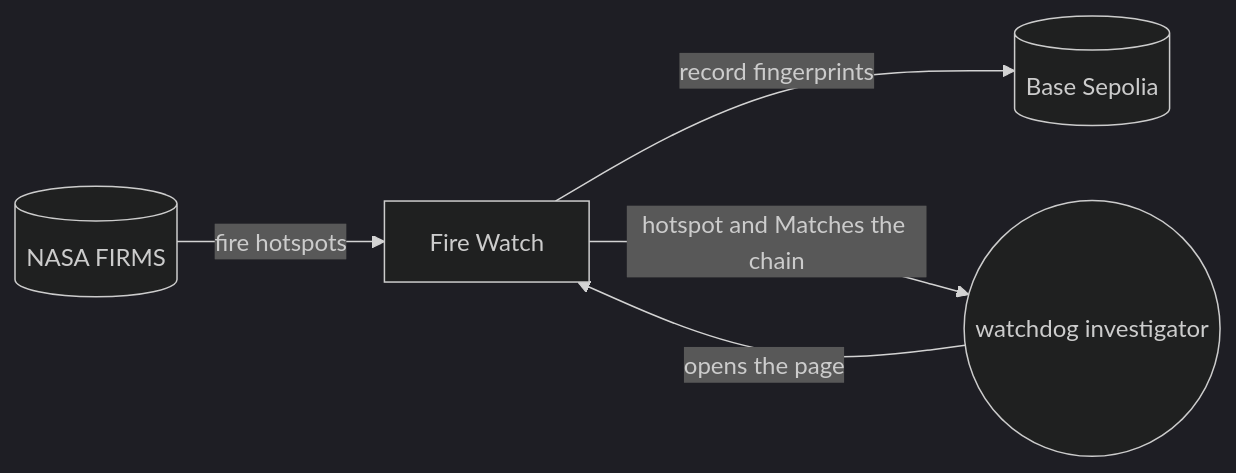
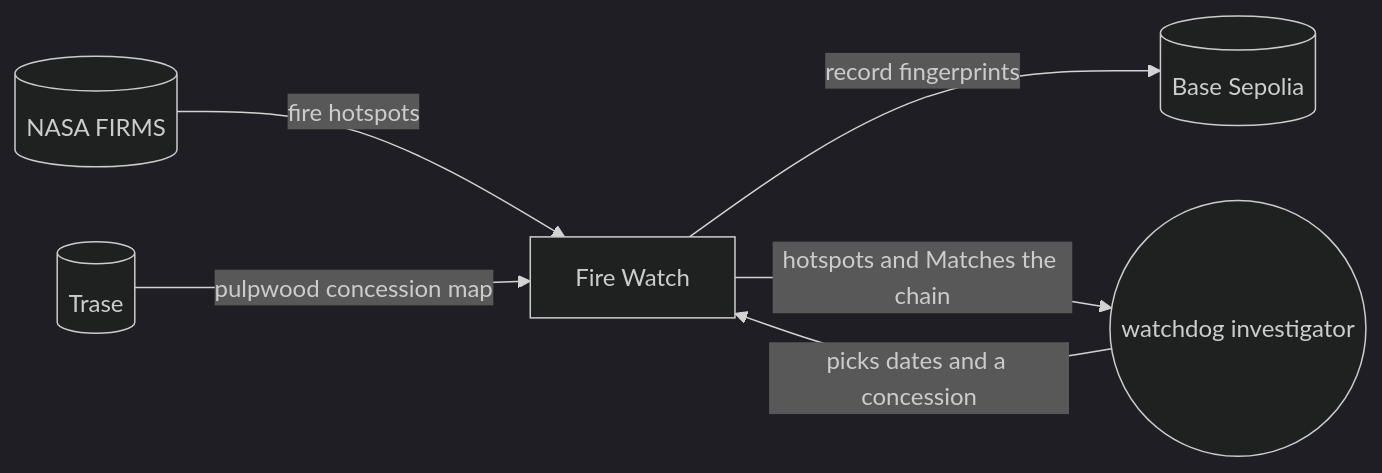
Before and after one commit to dzaffren/fire-watch: the first of 2 diagrams in docs/ARCHITECTURE.md, drawn with Mermaid (dark theme). The commit also changed other lines of this file and 3 other files, not shown here.

````diff
--- a/docs/ARCHITECTURE.md
+++ b/docs/ARCHITECTURE.md
@@ -7,7 +7,8 @@
 ```mermaid
 flowchart LR
     F[(NASA FIRMS)] -- "fire hotspots" --> P[Fire Watch]
+    T[(Trase)] -- "pulpwood concession map" --> P
     P -- "record fingerprints" --> C[(Base Sepolia)]
-    U((watchdog investigator)) -- "opens the page" --> P
-    P -- "hotspot and Matches the chain" --> U
+    U((watchdog investigator)) -- "picks dates and a concession" --> P
+    P -- "hotspots and Matches the chain" --> U
 ```
````
